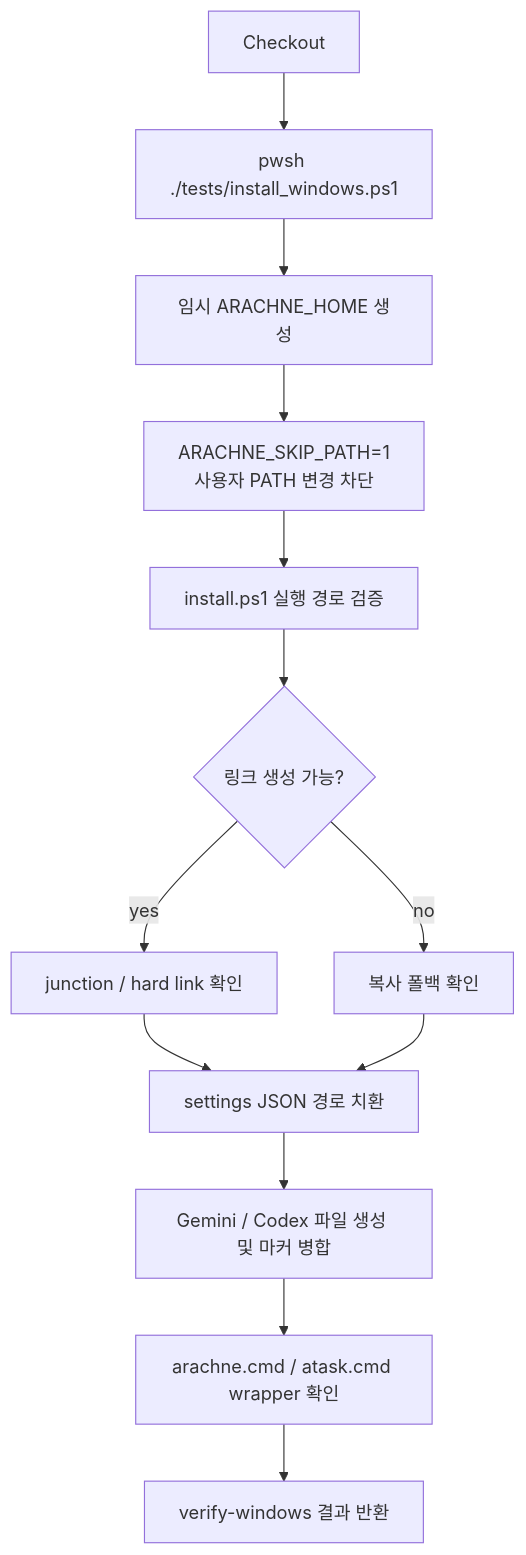
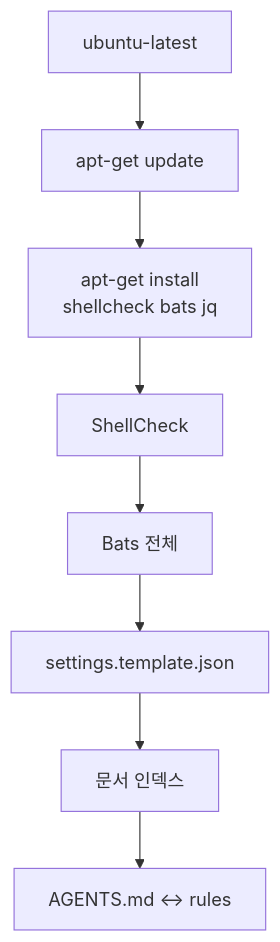
One commit to jomarusoup/Arachne changed the fourth of 9 diagrams in docs/ci.md. Above: the diagram before and after it, drawn with Mermaid. The commit also changed other lines of this file and 4 other files, not shown here.

````diff
--- a/docs/ci.md
+++ b/docs/ci.md
@@ -189,15 +132,10 @@
 ```mermaid
 flowchart TB
-    A["Checkout"] --> B["pwsh ./tests/install_windows.ps1"]
-    B --> C["임시 ARACHNE_HOME 생성"]
-    C --> D["ARACHNE_SKIP_PATH=1<br/>사용자 PATH 변경 차단"]
-    D --> E["install.ps1 실행 경로 검증"]
-    E --> F{"링크 생성 가능?"}
-    F -->|yes| G["junction / hard link 확인"]
-    F -->|no| H["복사 폴백 확인"]
-    G --> I["settings JSON 경로 치환"]
-    H --> I
-    I --> J["Gemini / Codex 파일 생성 및 마커 병합"]
-    J --> K["arachne.cmd / atask.cmd wrapper 확인"]
-    K --> L["verify-windows 결과 반환"]
+    A["ubuntu-latest"] --> B["apt-get update"]
+    B --> C["apt-get install<br/>shellcheck bats jq"]
+    C --> D["ShellCheck"]
+    D --> E["Bats 전체"]
+    E --> F["settings.template.json"]
+    F --> G["문서 인덱스"]
+    G --> H["AGENTS.md ↔ rules"]
 ```
````
